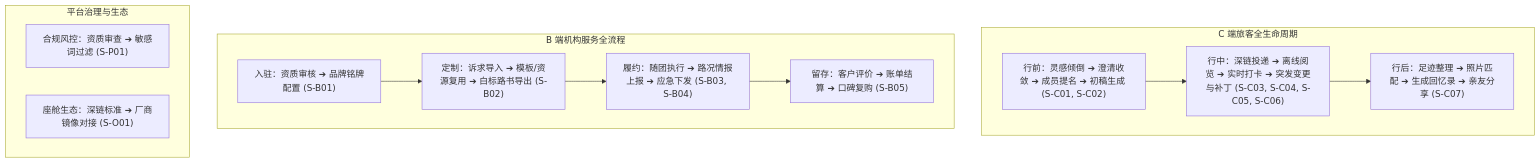
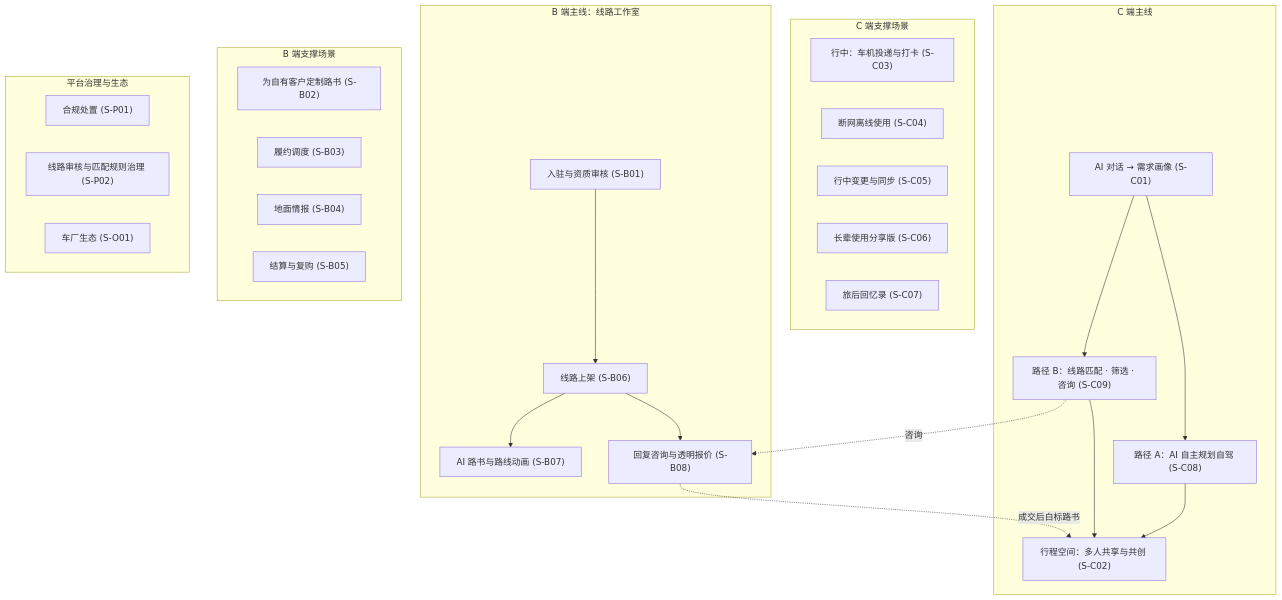
Before and after one commit to JohnMaxwell0123/TripCraft: the diagram in docs/product/PRD-03-scenarios.md, drawn with Mermaid. The commit also changed other lines of this file and 55 other files, not shown here.

````diff
--- a/docs/product/PRD-03-scenarios.md
+++ b/docs/product/PRD-03-scenarios.md
@@ -16,22 +16,44 @@
 ```mermaid
 flowchart TD
-    subgraph C_LIFECYCLE["C 端旅客全生命周期"]
-        C1["行前：灵感倾倒 ➔ 澄清收敛 ➔ 成员提名 ➔ 初稿生成 (S-C01, S-C02)"]
-        C2["行中：深链投递 ➔ 离线阅览 ➔ 实时打卡 ➔ 突发变更与补丁 (S-C03, S-C04, S-C05, S-C06)"]
-        C3["行后：足迹整理 ➔ 照片匹配 ➔ 生成回忆录 ➔ 亲友分享 (S-C07)"]
-        C1 --> C2 --> C3
+    subgraph C_MAIN["C 端主线"]
+        C1["AI 对话 → 需求画像 (S-C01)"]
+        CA["路径 A：AI 自主规划自驾 (S-C08)"]
+        CB["路径 B：线路匹配 · 筛选 · 咨询 (S-C09)"]
+        C2["行程空间：多人共享与共创 (S-C02)"]
+        C1 --> CA --> C2
+        C1 --> CB --> C2
     end
 
-    subgraph B_LIFECYCLE["B 端机构服务全流程"]
-        B1["入驻：资质审核 ➔ 品牌铭牌配置 (S-B01)"]
-        B2["定制：诉求导入 ➔ 模板/资源复用 ➔ 白标路书导出 (S-B02)"]
-        B3["履约：随团执行 ➔ 路况情报上报 ➔ 应急下发 (S-B03, S-B04)"]
-        B4["留存：客户评价 ➔ 账单结算 ➔ 口碑复购 (S-B05)"]
-        B1 --> B2 --> B3 --> B4
+    subgraph C_SUP["C 端支撑场景"]
+        C3["行中：车机投递与打卡 (S-C03)"]
+        C4["断网离线使用 (S-C04)"]
+        C5["行中变更与同步 (S-C05)"]
+        C6["长辈使用分享版 (S-C06)"]
+        C7["旅后回忆录 (S-C07)"]
     end
 
-    subgraph GOV_ECO["平台治理与生态"]
-        P1["合规风控：资质审查 ➔ 敏感词过滤 (S-P01)"]
-        O1["座舱生态：深链标准 ➔ 厂商镜像对接 (S-O01)"]
+    subgraph B_MAIN["B 端主线：线路工作室"]
+        B1["入驻与资质审核 (S-B01)"]
+        B6["线路上架 (S-B06)"]
+        B7["AI 路书与路线动画 (S-B07)"]
+        B8["回复咨询与透明报价 (S-B08)"]
+        B1 --> B6 --> B7
+        B6 --> B8
     end
+
+    subgraph B_SUP["B 端支撑场景"]
+        B2["为自有客户定制路书 (S-B02)"]
+        B3["履约调度 (S-B03)"]
+        B4["地面情报 (S-B04)"]
+        B5["结算与复购 (S-B05)"]
+    end
+
+    subgraph GOV["平台治理与生态"]
+        P1["合规处置 (S-P01)"]
+        P2["线路审核与匹配规则治理 (S-P02)"]
+        O1["车厂生态 (S-O01)"]
+    end
+
+    CB -.->|咨询| B8
+    B8 -.->|成交后白标路书| C2
 ```
````
